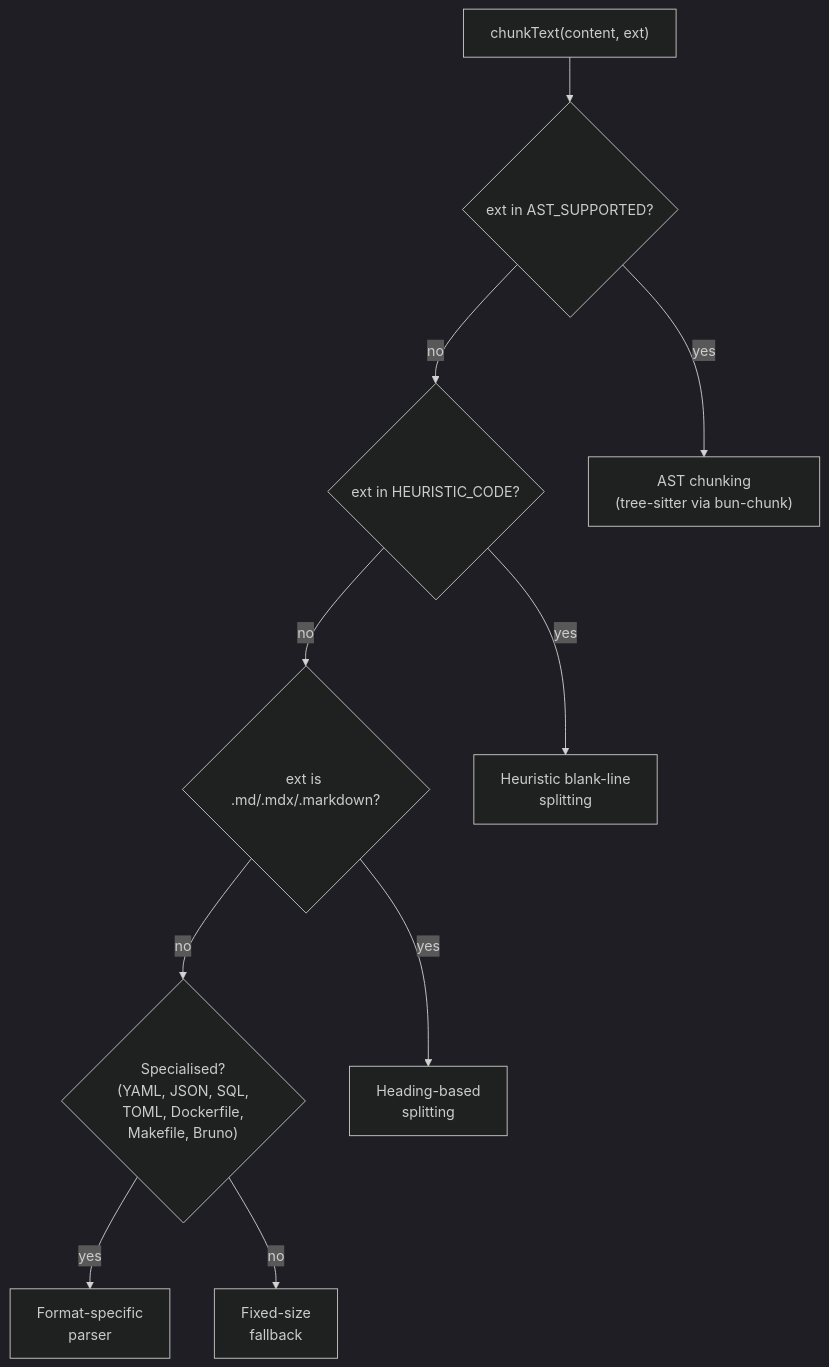
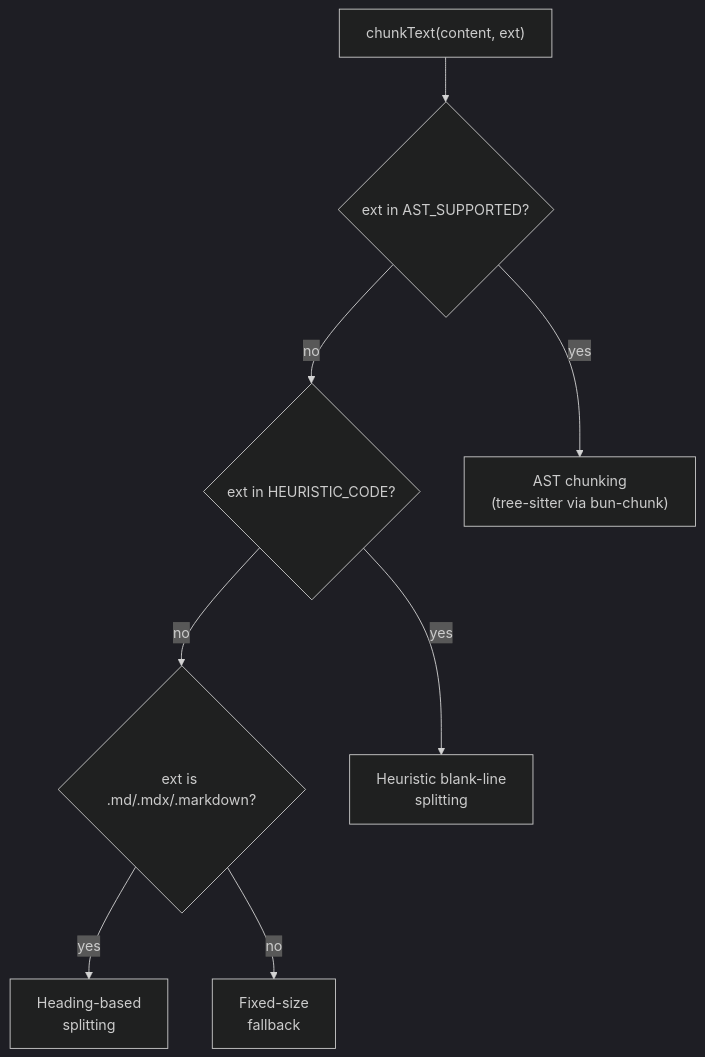
Before and after one commit to TheWinci/mimirs: the first of 2 diagrams in wiki/entities/chunk.md, drawn with Mermaid (dark theme). The commit also changed other lines of this file and 27 other files, not shown here.

````diff
--- a/wiki/entities/chunk.md
+++ b/wiki/entities/chunk.md
@@ -65,24 +65,20 @@
 ```mermaid
 flowchart TD
-    input["chunkText(content, ext)"]
+    input_node["chunkText(content, ext)"]
     astCheck{"ext in AST_SUPPORTED?"}
     heuCheck{"ext in HEURISTIC_CODE?"}
     mdCheck{"ext is .md/.mdx/.markdown?"}
-    specCheck{"Specialised?\n(YAML, JSON, SQL,\nTOML, Dockerfile,\nMakefile, Bruno)"}
 
     astStrategy["AST chunking\n(tree-sitter via bun-chunk)"]
     heuStrategy["Heuristic blank-line\nsplitting"]
     mdStrategy["Heading-based\nsplitting"]
-    specStrategy["Format-specific\nparser"]
-    fallback["Fixed-size\nfallback"]
+    fallbackStrategy["Fixed-size\nfallback"]
 
-    input --> astCheck
+    input_node --> astCheck
     astCheck -- yes --> astStrategy
     astCheck -- no --> heuCheck
     heuCheck -- yes --> heuStrategy
     heuCheck -- no --> mdCheck
     mdCheck -- yes --> mdStrategy
-    mdCheck -- no --> specCheck
-    specCheck -- yes --> specStrategy
-    specCheck -- no --> fallback
+    mdCheck -- no --> fallbackStrategy
 ```
````
